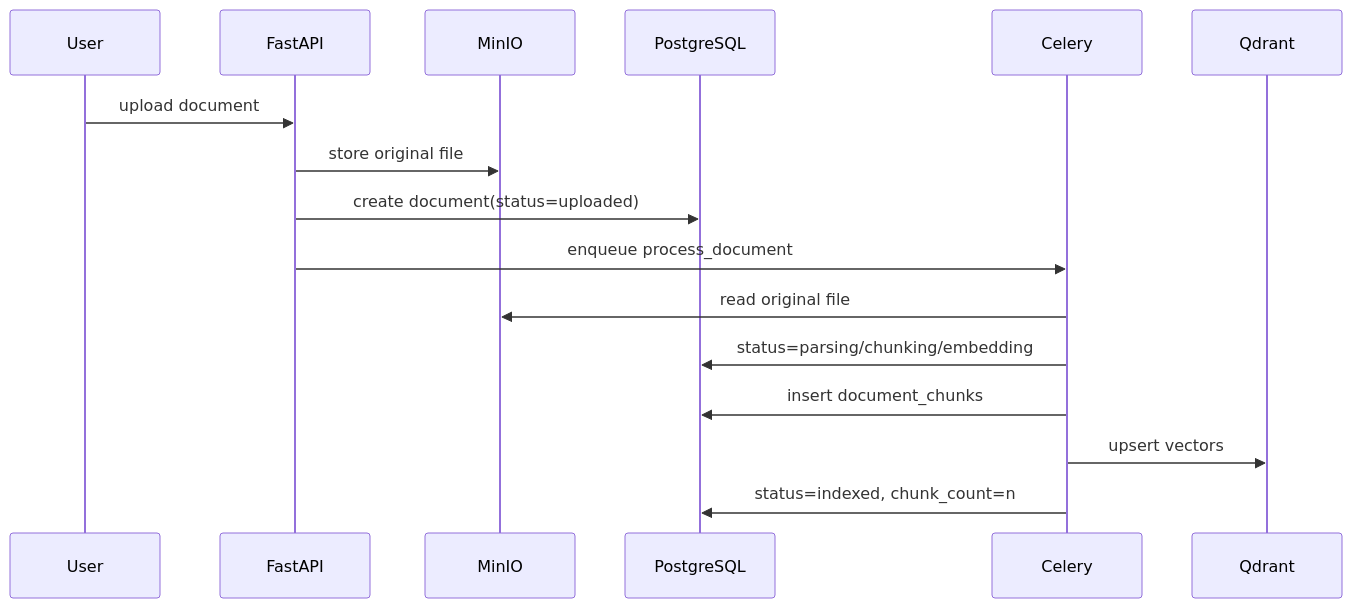
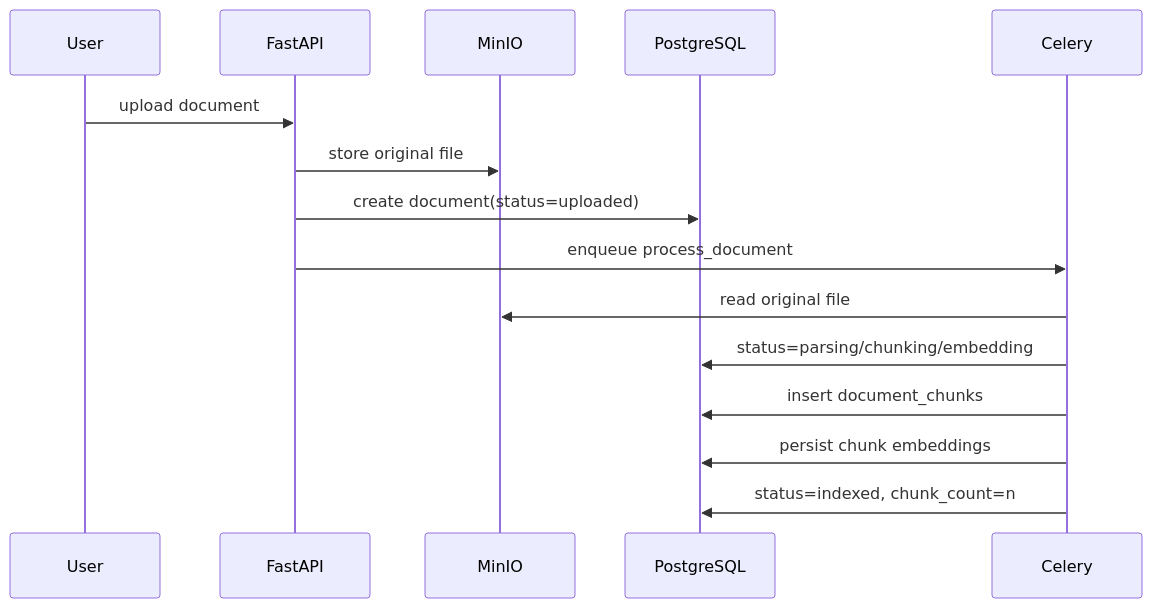
Before and after one commit to ShuoLiu0603/knowledge-work-assistant: the second of 3 diagrams in docs/architecture_diagrams.md, drawn with Mermaid. The commit also changed other lines of this file and 55 other files, not shown here.

````diff
--- a/docs/architecture_diagrams.md
+++ b/docs/architecture_diagrams.md
@@ -39,19 +36,18 @@
 ```mermaid
 sequenceDiagram
   participant U as User
   participant API as FastAPI
   participant M as MinIO
   participant PG as PostgreSQL
   participant C as Celery
-  participant Q as Qdrant
 
   U->>API: upload document
   API->>M: store original file
   API->>PG: create document(status=uploaded)
   API->>C: enqueue process_document
   C->>M: read original file
   C->>PG: status=parsing/chunking/embedding
   C->>PG: insert document_chunks
-  C->>Q: upsert vectors
+  C->>PG: persist chunk embeddings
   C->>PG: status=indexed, chunk_count=n
 ```
````
